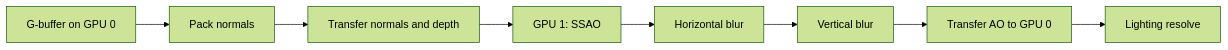
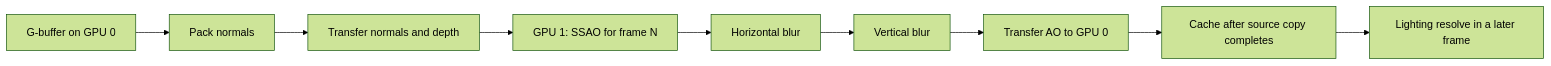
Before and after one commit to absolutez3ro/NauEnginePublic: the diagram in doc/ambient_occlusion.md, drawn with Mermaid (forest theme). The commit also changed other lines of this file and 16 other files, not shown here.

Commit message:
Pipeline secondary SSAO without same-frame GPU waits

````diff
--- a/doc/ambient_occlusion.md
+++ b/doc/ambient_occlusion.md
@@ -32,10 +32,11 @@
 ```mermaid
 flowchart LR
     G[G-buffer on GPU 0] --> N[Pack normals]
     N --> T[Transfer normals and depth]
-    T --> A[GPU 1: SSAO]
+    T --> A[GPU 1: SSAO for frame N]
     A --> H[Horizontal blur]
     H --> V[Vertical blur]
     V --> O[Transfer AO to GPU 0]
-    O --> R[Lighting resolve]
+    O --> C[Cache after source copy completes]
+    C --> R[Lighting resolve in a later frame]
 ```
````
